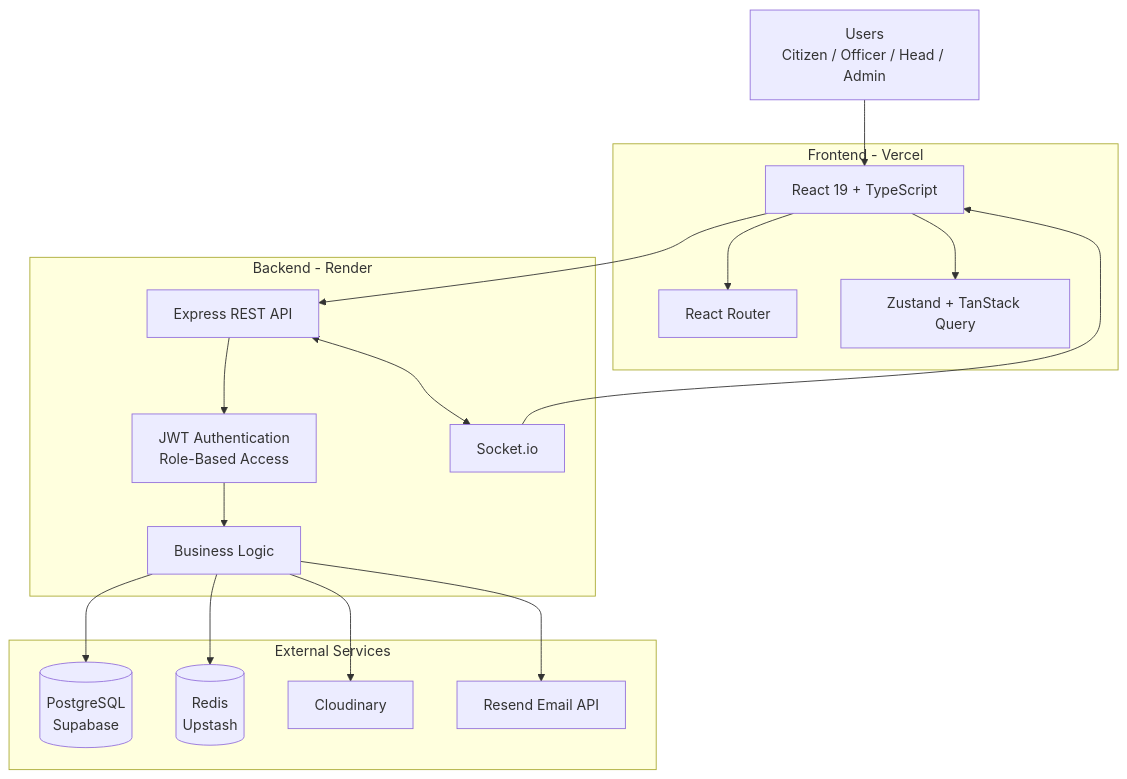
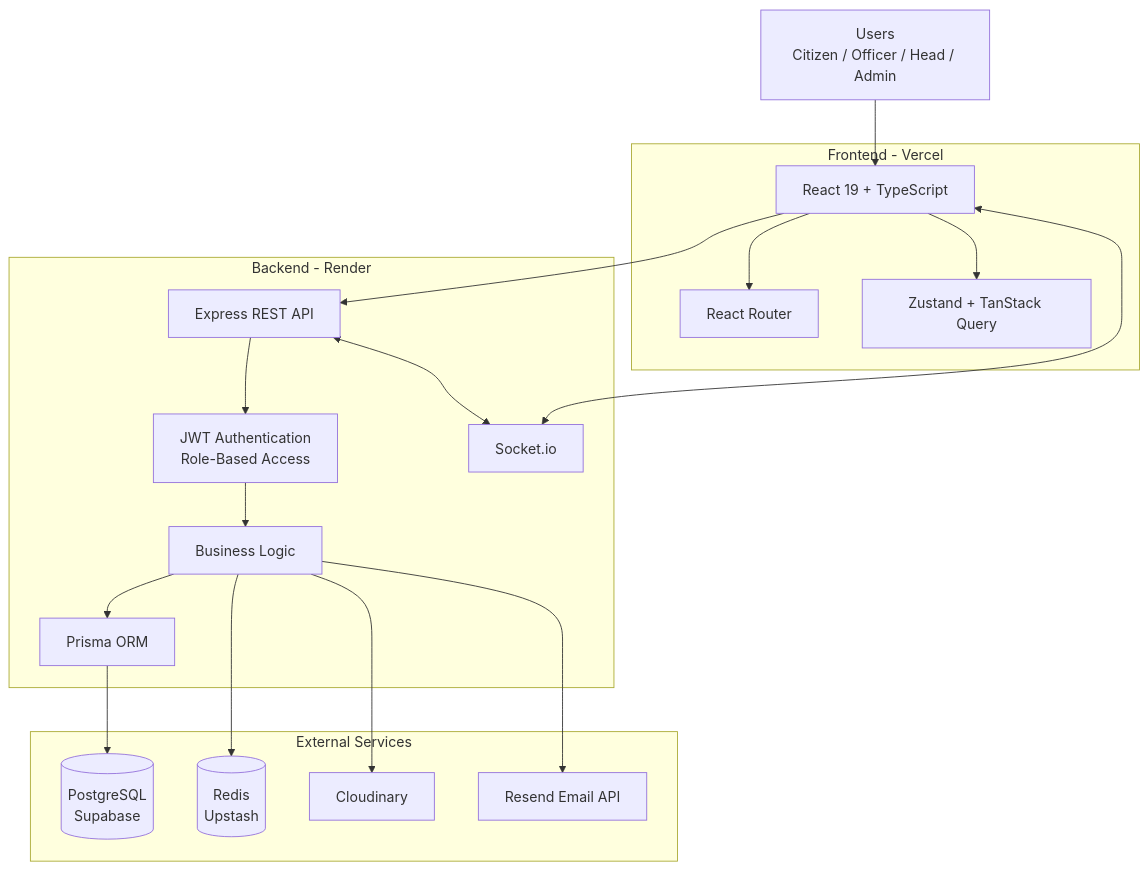
One commit to Somaiyanoori/egov_portal changed the diagram in README.md. Above: the diagram before and after it, drawn with Mermaid. The commit also changed other lines of this file, not shown here.

````diff
--- a/README.md
+++ b/README.md
@@ -192,37 +183,39 @@
 ```mermaid
 flowchart TB
     User["Users<br/>Citizen / Officer / Head / Admin"]
 
     subgraph Frontend["Frontend - Vercel"]
         React["React 19 + TypeScript"]
         Router["React Router"]
         State["Zustand + TanStack Query"]
     end
 
     subgraph Backend["Backend - Render"]
         API["Express REST API"]
         Auth["JWT Authentication<br/>Role-Based Access"]
         Services["Business Logic"]
         Realtime["Socket.io"]
+        Prisma["Prisma ORM"]
     end
 
     subgraph Infrastructure["External Services"]
         DB[("PostgreSQL<br/>Supabase")]
         Redis[("Redis<br/>Upstash")]
         Cloudinary["Cloudinary"]
         Email["Resend Email API"]
     end
 
     User --> React
     React --> Router
     React --> State
     React --> API
     API --> Auth
     Auth --> Services
-    Services --> DB
+    Services --> Prisma
+    Prisma --> DB
     Services --> Redis
     Services --> Cloudinary
     Services --> Email
     API <--> Realtime
-    Realtime --> React
+    Realtime <--> React
 ```
````
